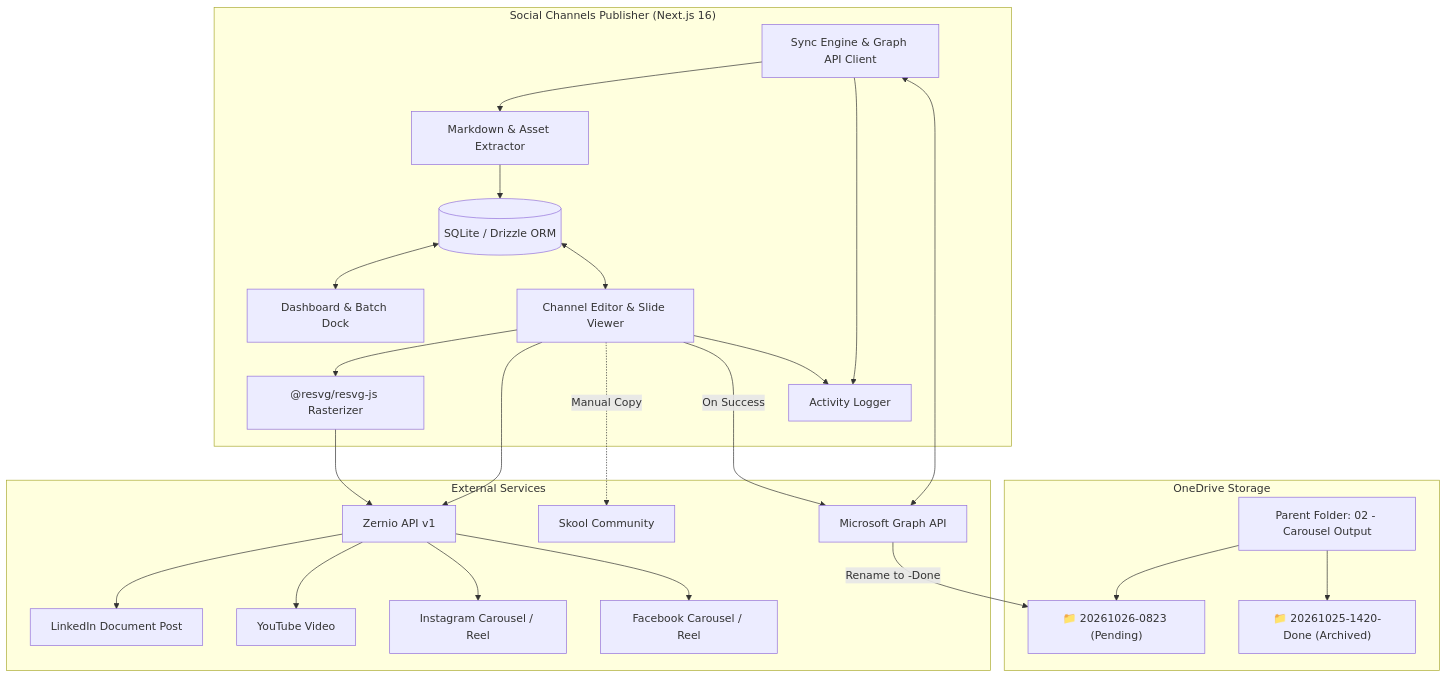
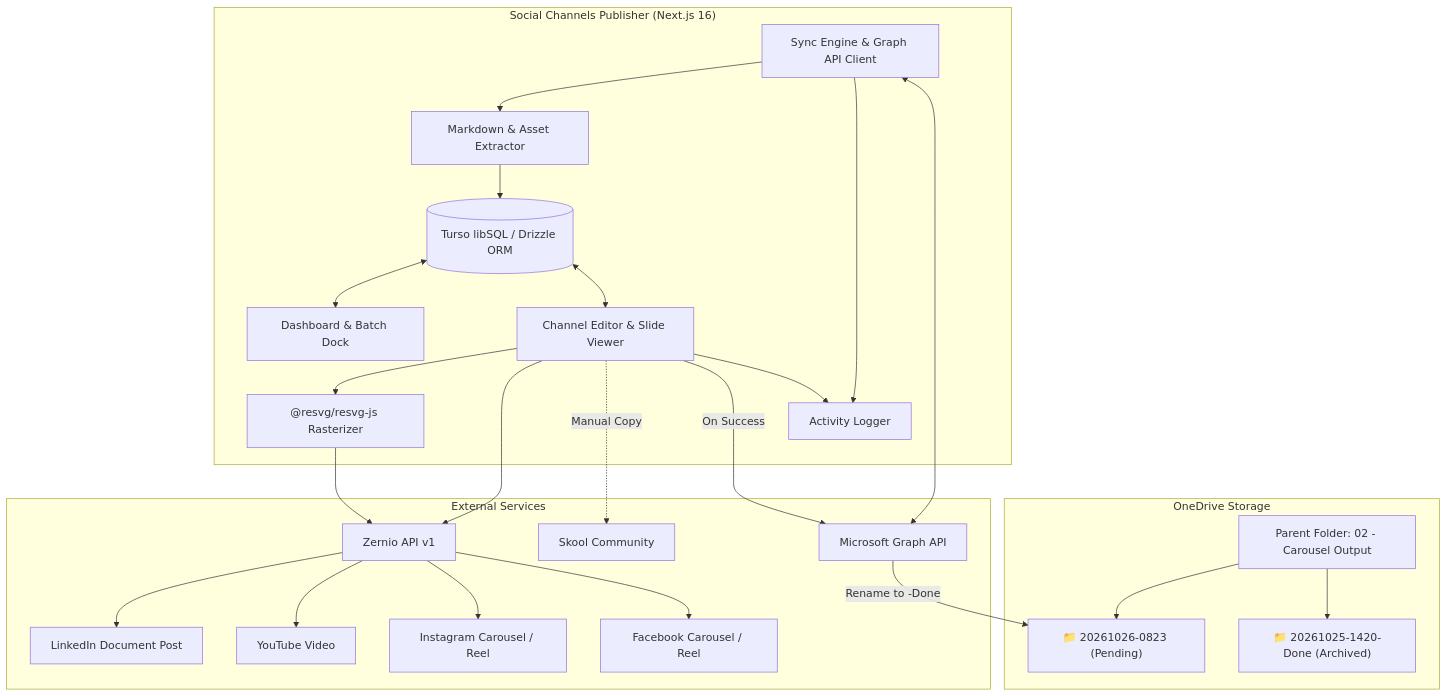
Before and after one commit to devenkhatri/social-channels-publisher: the diagram in README.md, drawn with Mermaid. The commit also changed other lines of this file, not shown here.

Commit message:
docs: document Turso libSQL serverless database setup and Vercel deployment

````diff
--- a/README.md
+++ b/README.md
@@ -45,48 +45,48 @@
 ```mermaid
 flowchart TD
     subgraph OneDrive ["OneDrive Storage"]
         OD[Parent Folder: 02 - Carousel Output]
         F1["📁 20261026-0823 (Pending)"]
         F2["📁 20261025-1420-Done (Archived)"]
         OD --> F1
         OD --> F2
     end
 
     subgraph App ["Social Channels Publisher (Next.js 16)"]
         SYNC[Sync Engine & Graph API Client]
         PARSE[Markdown & Asset Extractor]
         RAST["@resvg/resvg-js Rasterizer"]
-        DB[(SQLite / Drizzle ORM)]
+        DB[(Turso libSQL / Drizzle ORM)]
         DASH[Dashboard & Batch Dock]
         EDIT[Channel Editor & Slide Viewer]
         ACT[Activity Logger]
     end
 
     subgraph External ["External Services"]
         MSGraph[Microsoft Graph API]
         Zernio[Zernio API v1]
         LI[LinkedIn Document Post]
         YT[YouTube Video]
         IG[Instagram Carousel / Reel]
         FB[Facebook Carousel / Reel]
         SK[Skool Community]
     end
 
     MSGraph <--> SYNC
     SYNC --> PARSE
     PARSE --> DB
     DB <--> DASH
     DB <--> EDIT
     EDIT --> RAST
     RAST --> Zernio
     EDIT --> Zernio
     Zernio --> LI
     Zernio --> YT
     Zernio --> IG
     Zernio --> FB
     EDIT -.->|Manual Copy| SK
     EDIT -->|On Success| MSGraph
     MSGraph -->|Rename to -Done| F1
     SYNC --> ACT
     EDIT --> ACT
 ```
````
